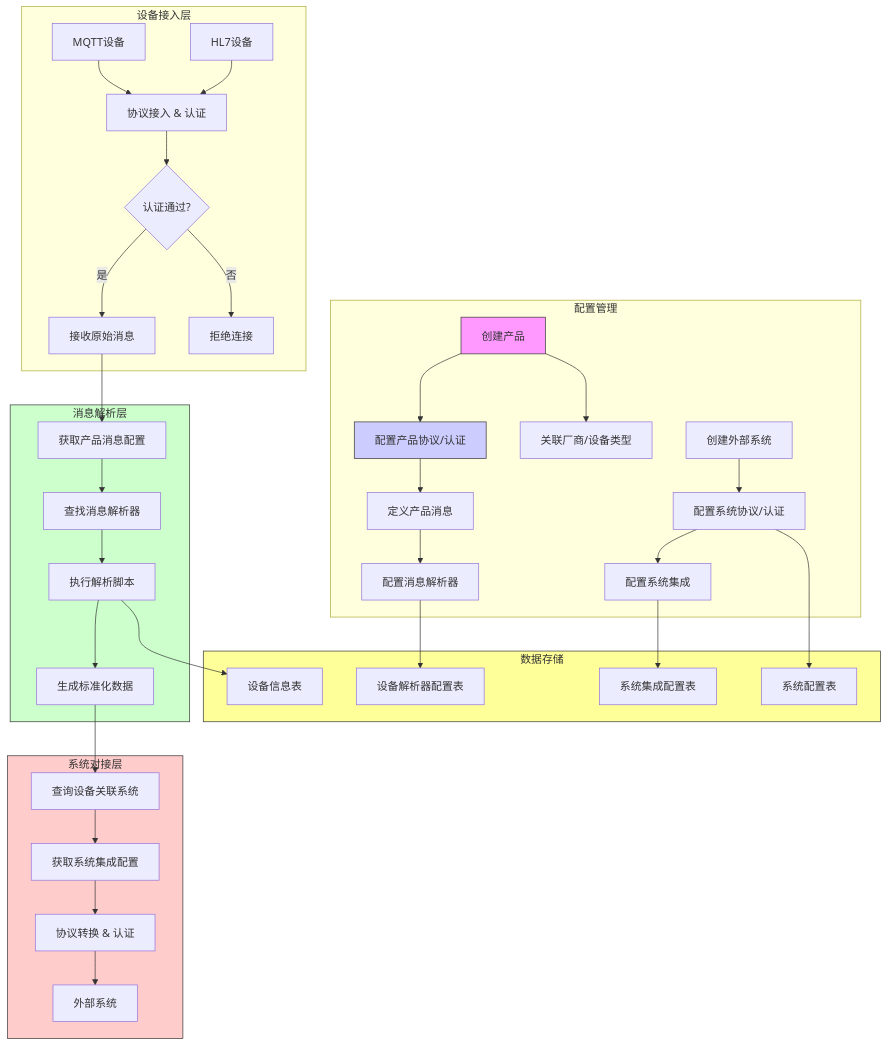
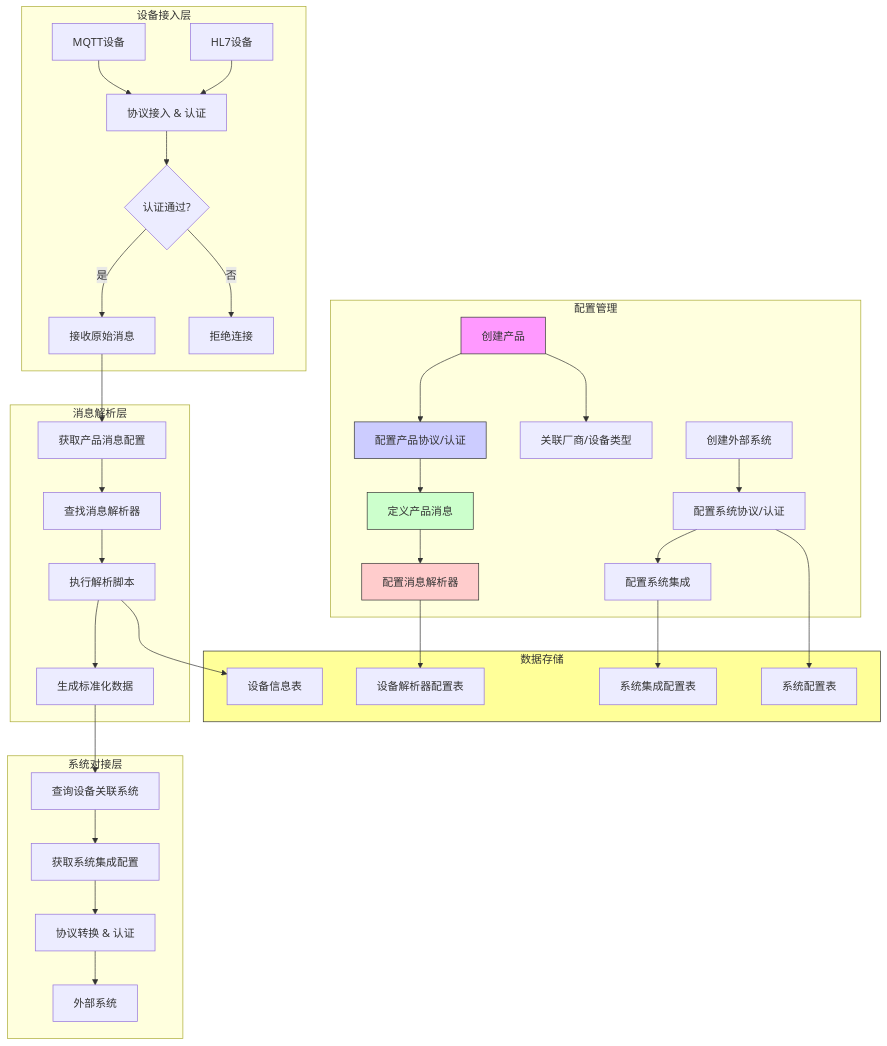
Before and after one commit to fuyong859050943/iodraw-files: the diagram in all/未命名-5.md, drawn with Mermaid.

Commit message:
2025-02-25 19:40:47 update

````diff
--- a/all/未命名-5.md
+++ b/all/未命名-5.md
@@ -1,46 +1,46 @@
 ```mermaid
 graph TD
     subgraph 配置管理
         A[创建产品] --> B[配置产品协议/认证]
         B --> C[定义产品消息]
         C --> D[配置消息解析器]
         A --> E[关联厂商/设备类型]
         F[创建外部系统] --> G[配置系统协议/认证]
         G --> H[配置系统集成]
     end
     
     subgraph 设备接入层
         I[MQTT设备] --> J[协议接入 & 认证]
         K[HL7设备] --> J
         J --> L{认证通过?}
         L -->|是| M[接收原始消息]
         L -->|否| N[拒绝连接]
     end
     
     subgraph 消息解析层
         M --> O[获取产品消息配置]
         O --> P[查找消息解析器]
         P --> Q[执行解析脚本]
         Q --> R[生成标准化数据]
     end
     
     subgraph 系统对接层
         R --> S[查询设备关联系统]
         S --> T[获取系统集成配置]
         T --> U[协议转换 & 认证]
         U --> V[外部系统]
     end
     
     subgraph 数据存储
         D --> W[设备解析器配置表]
         Q --> X[设备信息表]
         H --> Y[系统集成配置表]
         G --> Z[系统配置表]
     end
     
     style A fill:#f9f,stroke:#333
     style B fill:#ccf,stroke:#333
-    style 消息解析层 fill:#cfc,stroke:#333
-    style 系统对接层 fill:#fcc,stroke:#333
+    style C fill:#cfc,stroke:#333
+    style D fill:#fcc,stroke:#333
     style 数据存储 fill:#ff9,stroke:#333
 ```
````
